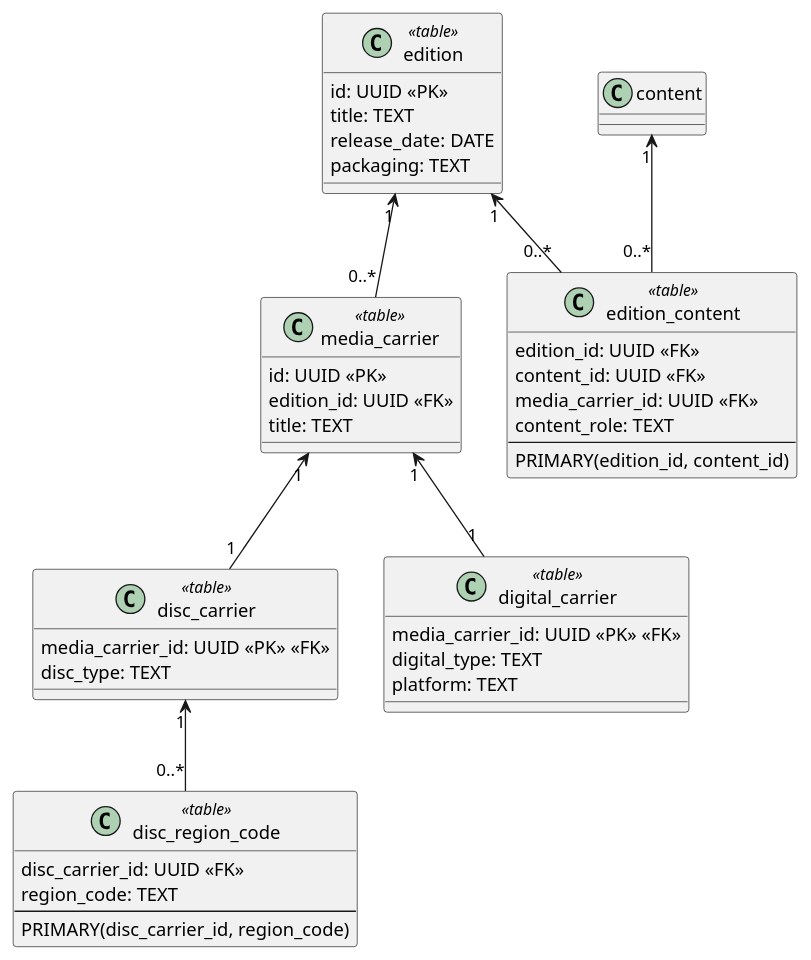
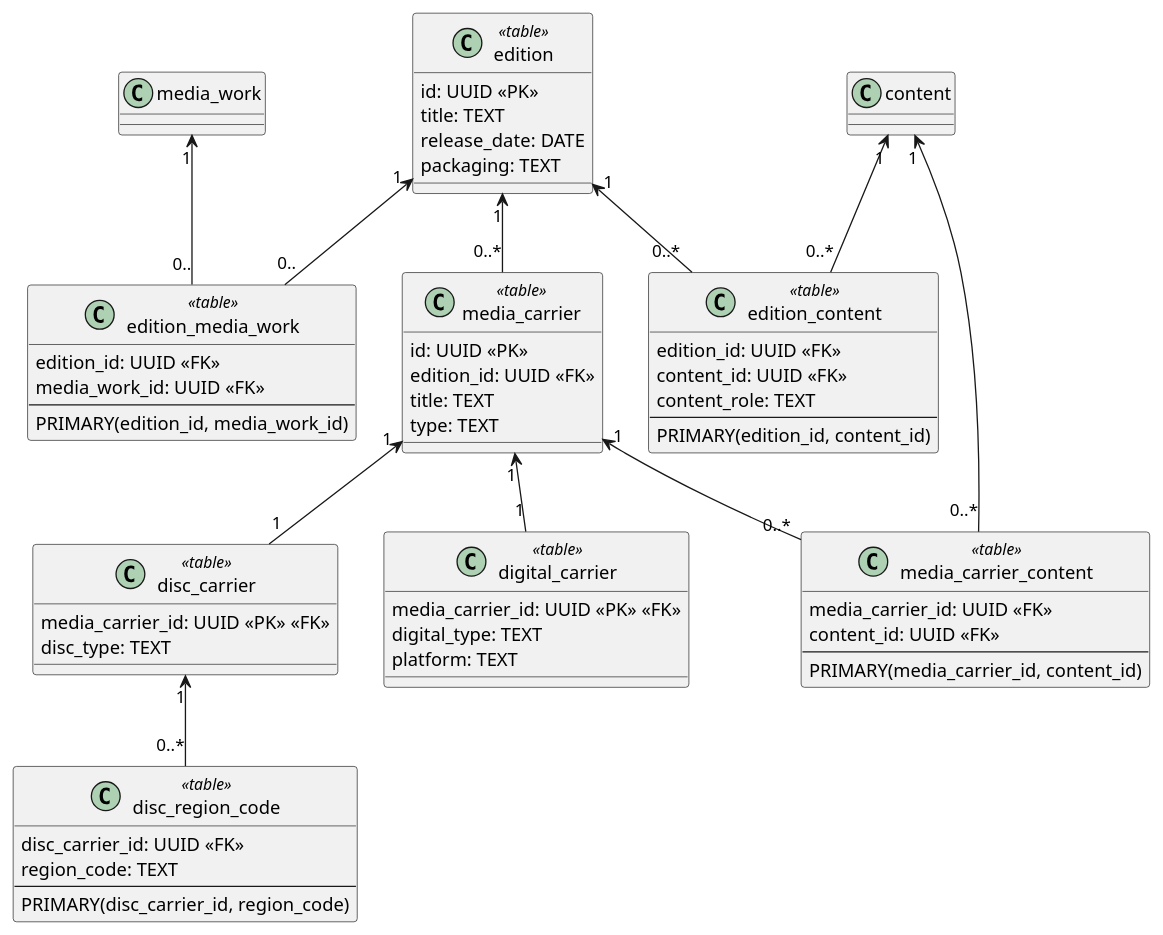
One commit to yantue/colleq changed the diagram in docs/uml/data/edition.data.puml. Above: the diagram before and after it, drawn with PlantUML. The commit also changed 1 other file, not shown here.

Commit message:
docs: Add carrier/content and edition/mediawork join tables + discriminator for polymorphic tables

```diff
--- a/docs/uml/data/edition.data.puml
+++ b/docs/uml/data/edition.data.puml
@@ -1,57 +1,77 @@
 @startuml
 skinparam classAttributeIconSize 0
 
 class edition <<table>> {
     id: UUID <<PK>>
     title: TEXT
     release_date: DATE
     packaging: TEXT
 }
 
+class edition_media_work <<table>> {
+    edition_id: UUID <<FK>>
+    media_work_id: UUID <<FK>>
+    --
+    PRIMARY(edition_id, media_work_id)
+}
+
+edition "1" <-- "0.." edition_media_work
+
+class edition_content <<table>> {
+    edition_id: UUID <<FK>>
+    content_id: UUID <<FK>>
+    content_role: TEXT
+    --
+    PRIMARY(edition_id, content_id)
+}
+
+edition "1" <-- "0..*" edition_content
+
 class media_carrier <<table>> {
     id: UUID <<PK>>
     edition_id: UUID <<FK>>
     title: TEXT
+    type: TEXT
 }
 
 edition "1" <-- "0..*" media_carrier
 
 class disc_carrier <<table>> {
     media_carrier_id: UUID <<PK>> <<FK>>
     disc_type: TEXT
 }
 
 media_carrier "1" <-- "1" disc_carrier
 
 class disc_region_code <<table>> {
     disc_carrier_id: UUID <<FK>>
     region_code: TEXT
     --
     PRIMARY(disc_carrier_id, region_code)
 }
 
 disc_carrier "1" <-- "0..*" disc_region_code
 
 class digital_carrier <<table>> {
     media_carrier_id: UUID <<PK>> <<FK>>
     digital_type: TEXT
     platform: TEXT
 }
 
 media_carrier "1" <-- "1" digital_carrier
 
-class edition_content <<table>> {
-    edition_id: UUID <<FK>>
+class media_carrier_content <<table>> {
+    media_carrier_id: UUID <<FK>>
     content_id: UUID <<FK>>
-    media_carrier_id: UUID <<FK>>
-    content_role: TEXT
     --
-    PRIMARY(edition_id, content_id)
+    PRIMARY(media_carrier_id, content_id)
 }
 
-edition "1" <-- "0..*" edition_content
+media_carrier "1" <-- "0..*" media_carrier_content
 
 ' ===== CROSS-AGGREGATE REFERENCE =====
+media_work "1" <-- "0.." edition_media_work
 content "1" <-- "0..*" edition_content
+content "1" <-- "0..*" media_carrier_content
 
 @enduml
```
